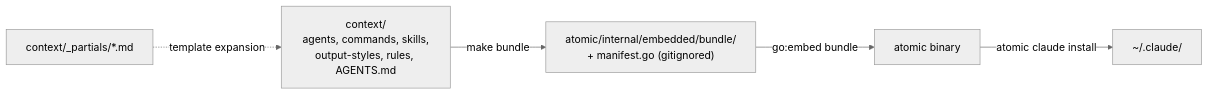
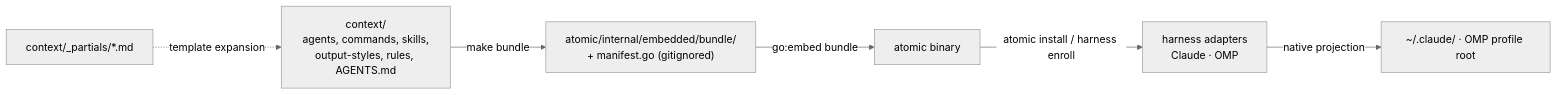
One commit to damusix/atomic-claude changed the first of 2 diagrams in docs/wiki/bundle.md. Above: the diagram before and after it, drawn with Mermaid (neutral theme). The commit also changed other lines of this file and 26 other files, not shown here.

````diff
--- a/docs/wiki/bundle.md
+++ b/docs/wiki/bundle.md
@@ -27,9 +29,10 @@
 ```mermaid
 flowchart LR
     PART["context/_partials/*.md"]
     CTX["context/<br/>agents, commands, skills,<br/>output-styles, rules, AGENTS.md"]
     PART -.->|"template expansion"| CTX
     CTX -->|"make bundle"| EMB["atomic/internal/embedded/bundle/<br/>+ manifest.go (gitignored)"]
     EMB -->|"go:embed bundle"| BIN["atomic binary"]
-    BIN -->|"atomic claude install"| HOME["~/.claude/"]
+    BIN -->|"atomic install / harness enroll"| ADAPT["harness adapters<br/>Claude · OMP"]
+    ADAPT -->|"native projection"| HOME["~/.claude/ · OMP profile root"]
 ```
````
